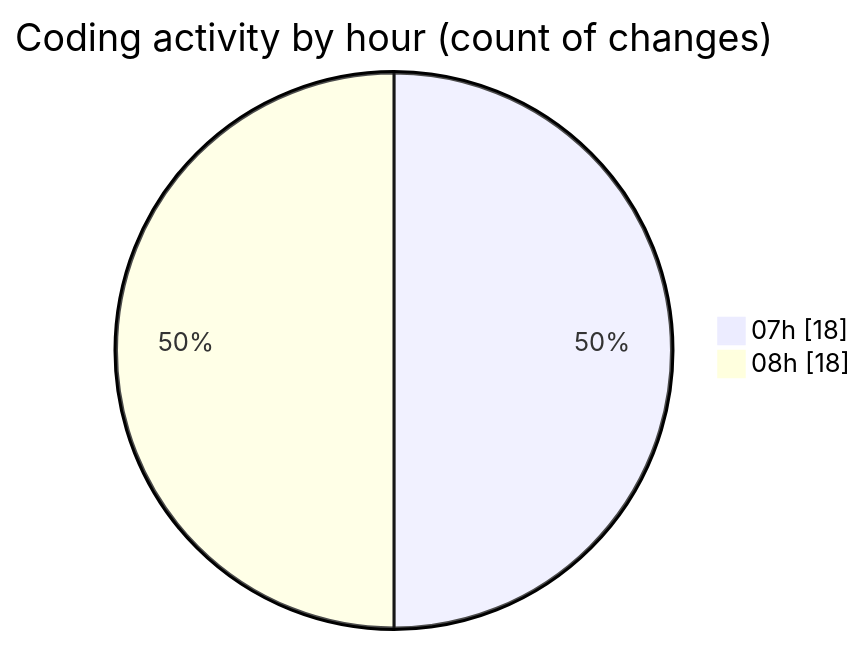
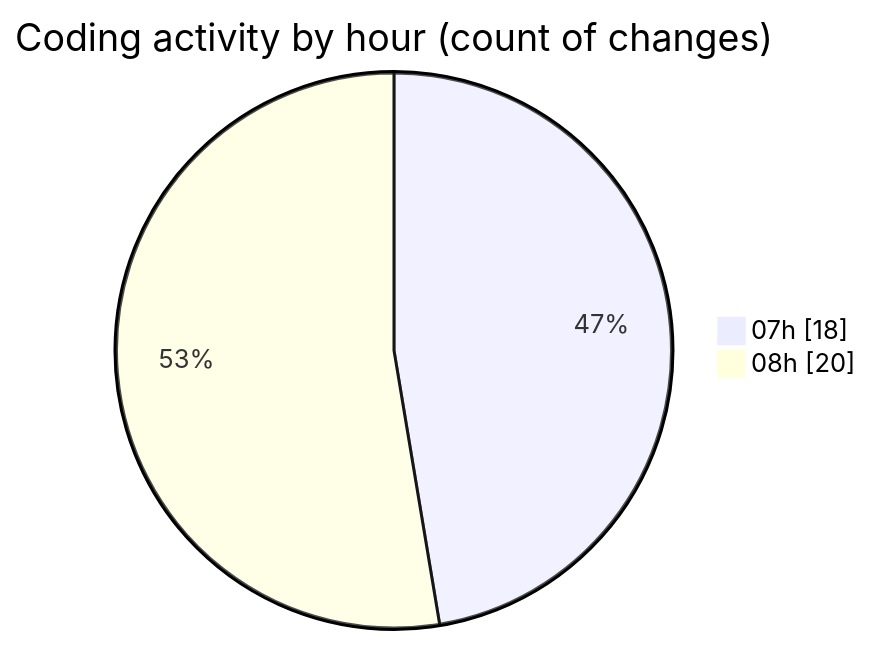
Before and after one commit to robertbonfada/code-tracking: the second of 2 diagrams in 2025-02-03/mbc-web/README.md, drawn with Mermaid. The commit also changed other lines of this file and 1 other file, not shown here.

````diff
--- a/2025-02-03/mbc-web/README.md
+++ b/2025-02-03/mbc-web/README.md
@@ -34,6 +34,6 @@
 ```mermaid
 pie showData
 title Coding activity by hour (count of changes)
 "07h" : 18
-"08h" : 18
+"08h" : 20
 ```
````
